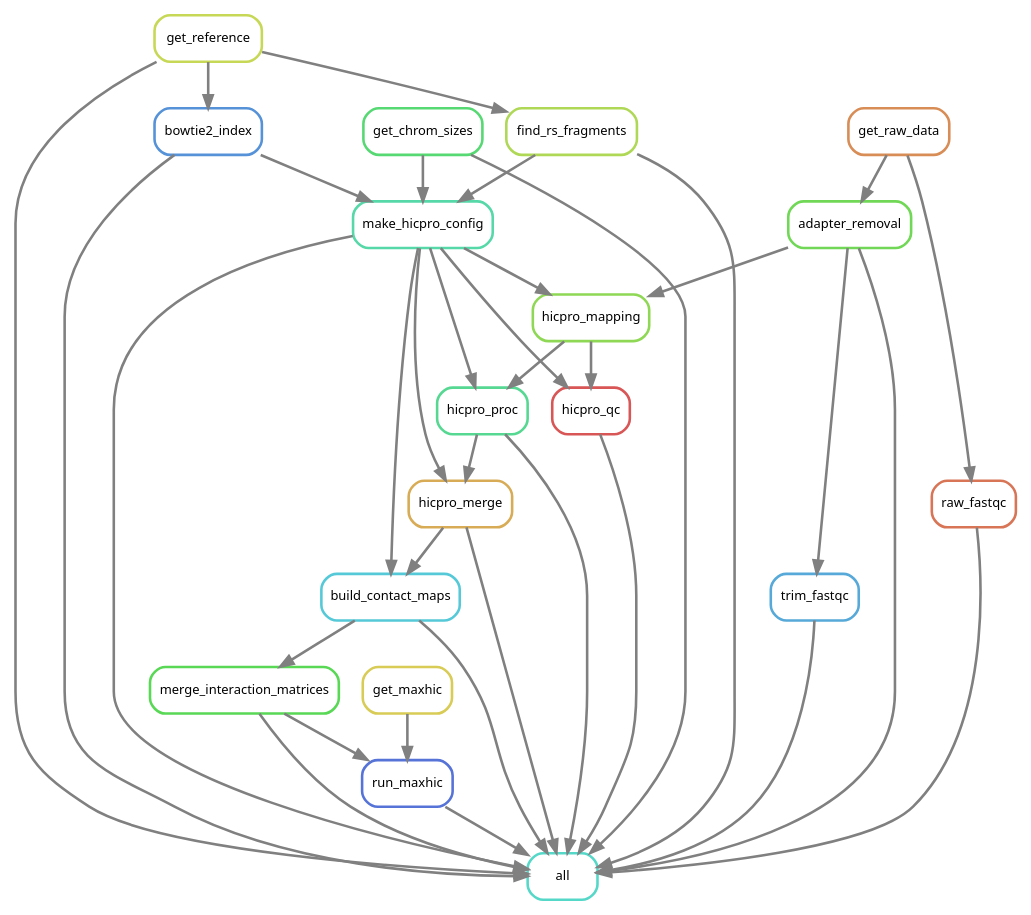
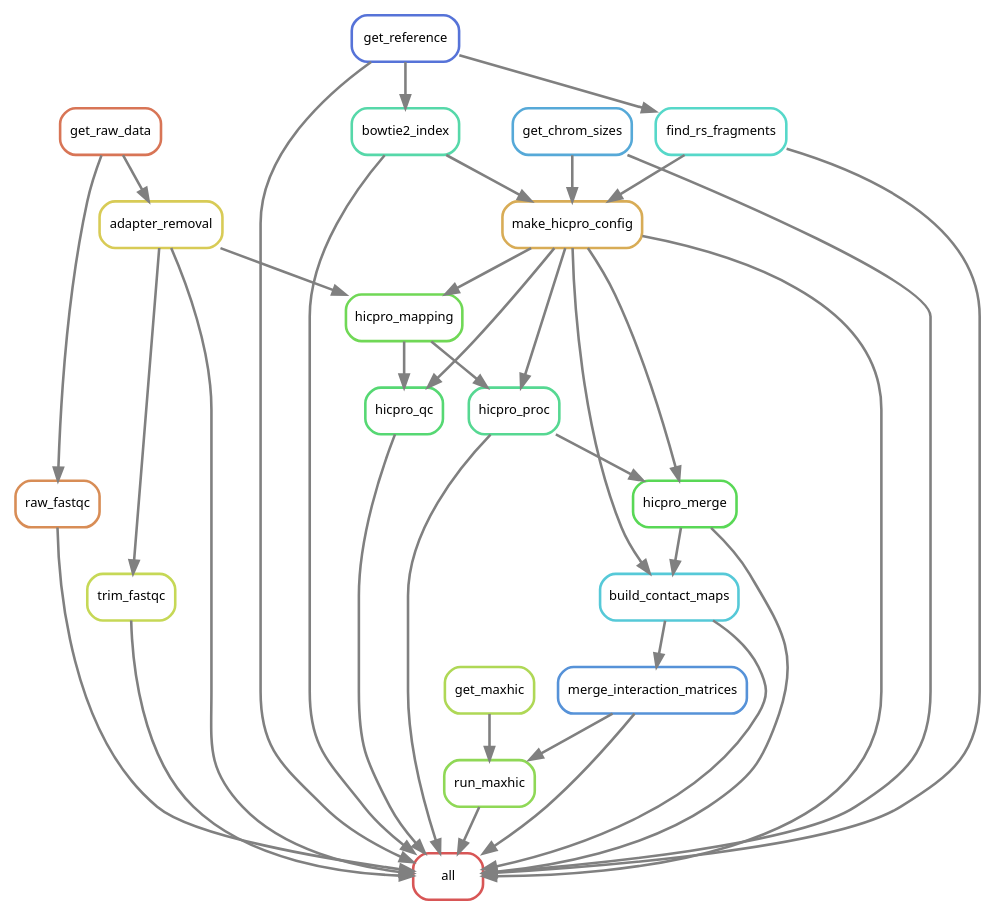
One commit to DRMCRL/ENCODE_T47D_HiC_ENCSR549MGQ changed the diagram in output/rulegraph.dot. Above: the diagram before and after it, drawn with Graphviz. The commit also changed 44 other files, not shown here.

```diff
--- a/output/rulegraph.dot
+++ b/output/rulegraph.dot
@@ -1,58 +1,58 @@
 digraph snakemake_dag {
     graph[bgcolor=white, margin=0];
     node[shape=box, style=rounded, fontname=sans,                 fontsize=10, penwidth=2];
     edge[penwidth=2, color=grey];
-	0[label = "all", color = "0.48 0.6 0.85", style="rounded"];
-	1[label = "build_contact_maps", color = "0.52 0.6 0.85", style="rounded"];
-	2[label = "bowtie2_index", color = "0.59 0.6 0.85", style="rounded"];
-	3[label = "trim_fastqc", color = "0.56 0.6 0.85", style="rounded"];
-	4[label = "hicpro_merge", color = "0.11 0.6 0.85", style="rounded"];
-	5[label = "run_maxhic", color = "0.63 0.6 0.85", style="rounded"];
-	6[label = "adapter_removal", color = "0.30 0.6 0.85", style="rounded"];
-	7[label = "hicpro_qc", color = "0.00 0.6 0.85", style="rounded"];
-	8[label = "find_rs_fragments", color = "0.22 0.6 0.85", style="rounded"];
-	9[label = "raw_fastqc", color = "0.04 0.6 0.85", style="rounded"];
-	10[label = "get_reference", color = "0.19 0.6 0.85", style="rounded"];
-	11[label = "merge_interaction_matrices", color = "0.33 0.6 0.85", style="rounded"];
-	12[label = "hicpro_proc", color = "0.41 0.6 0.85", style="rounded"];
-	13[label = "get_chrom_sizes", color = "0.37 0.6 0.85", style="rounded"];
-	14[label = "make_hicpro_config", color = "0.44 0.6 0.85", style="rounded"];
-	15[label = "get_maxhic", color = "0.15 0.6 0.85", style="rounded"];
-	16[label = "get_raw_data", color = "0.07 0.6 0.85", style="rounded"];
-	17[label = "hicpro_mapping", color = "0.26 0.6 0.85", style="rounded"];
+	0[label = "all", color = "0.00 0.6 0.85", style="rounded"];
+	1[label = "trim_fastqc", color = "0.19 0.6 0.85", style="rounded"];
+	2[label = "adapter_removal", color = "0.15 0.6 0.85", style="rounded"];
+	3[label = "run_maxhic", color = "0.26 0.6 0.85", style="rounded"];
+	4[label = "build_contact_maps", color = "0.52 0.6 0.85", style="rounded"];
+	5[label = "hicpro_proc", color = "0.41 0.6 0.85", style="rounded"];
+	6[label = "raw_fastqc", color = "0.07 0.6 0.85", style="rounded"];
+	7[label = "bowtie2_index", color = "0.44 0.6 0.85", style="rounded"];
+	8[label = "find_rs_fragments", color = "0.48 0.6 0.85", style="rounded"];
+	9[label = "get_chrom_sizes", color = "0.56 0.6 0.85", style="rounded"];
+	10[label = "hicpro_merge", color = "0.33 0.6 0.85", style="rounded"];
+	11[label = "merge_interaction_matrices", color = "0.59 0.6 0.85", style="rounded"];
+	12[label = "hicpro_qc", color = "0.37 0.6 0.85", style="rounded"];
+	13[label = "get_reference", color = "0.63 0.6 0.85", style="rounded"];
+	14[label = "make_hicpro_config", color = "0.11 0.6 0.85", style="rounded"];
+	15[label = "get_raw_data", color = "0.04 0.6 0.85", style="rounded"];
+	16[label = "get_maxhic", color = "0.22 0.6 0.85", style="rounded"];
+	17[label = "hicpro_mapping", color = "0.30 0.6 0.85", style="rounded"];
+	6 -> 0
+	14 -> 0
 	2 -> 0
-	7 -> 0
-	9 -> 0
-	4 -> 0
-	8 -> 0
-	10 -> 0
-	6 -> 0
-	11 -> 0
-	12 -> 0
-	13 -> 0
-	14 -> 0
 	1 -> 0
 	3 -> 0
+	10 -> 0
+	12 -> 0
 	5 -> 0
-	14 -> 1
-	4 -> 1
-	10 -> 2
-	6 -> 3
-	12 -> 4
+	7 -> 0
+	8 -> 0
+	4 -> 0
+	9 -> 0
+	11 -> 0
+	13 -> 0
+	2 -> 1
+	15 -> 2
+	11 -> 3
+	16 -> 3
+	10 -> 4
 	14 -> 4
-	11 -> 5
-	15 -> 5
-	16 -> 6
-	14 -> 7
-	17 -> 7
-	10 -> 8
-	16 -> 9
-	1 -> 11
+	17 -> 5
+	14 -> 5
+	15 -> 6
+	13 -> 7
+	13 -> 8
+	5 -> 10
+	14 -> 10
+	4 -> 11
+	17 -> 12
 	14 -> 12
-	17 -> 12
-	13 -> 14
-	2 -> 14
+	7 -> 14
 	8 -> 14
+	9 -> 14
 	14 -> 17
-	6 -> 17
+	2 -> 17
 }            
```
